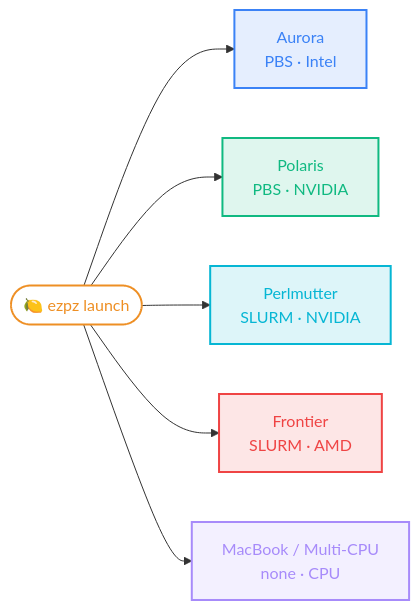
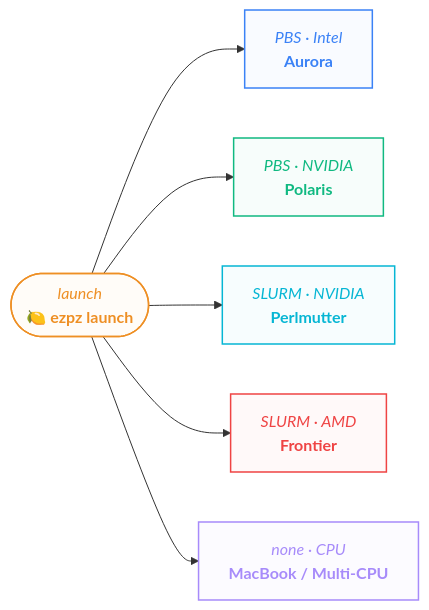
The first of 6 diagrams in web/src/pages/talks/2026/06/03/index.mdx (saforem2/sam.onl), drawn with Mermaid before and after one commit. The commit also changed other lines of this file, not shown here.

First line of the commit message:
style(talks/2026-06-03): apply chip-badge styling to ezpz launch diagram

````diff
--- a/web/src/pages/talks/2026/06/03/index.mdx
+++ b/web/src/pages/talks/2026/06/03/index.mdx
@@ -194,22 +194,22 @@
 ```mermaid
 flowchart LR
-    EZ(["🍋 ezpz launch"])
-    EZ --> AURORA["Aurora<br/>PBS · Intel"]
-    EZ --> POLARIS["Polaris<br/>PBS · NVIDIA"]
-    EZ --> PM["Perlmutter<br/>SLURM · NVIDIA"]
-    EZ --> FRONTIER["Frontier<br/>SLURM · AMD"]
-    EZ --> MAC["MacBook / Multi-CPU<br/>none · CPU"]
+    EZ(["<i>launch</i><br/><span style='font-weight:700'>🍋 ezpz launch</span>"])
+    EZ --> AURORA["<i>PBS · Intel</i><br/><span style='font-weight:700'>Aurora</span>"]
+    EZ --> POLARIS["<i>PBS · NVIDIA</i><br/><span style='font-weight:700'>Polaris</span>"]
+    EZ --> PM["<i>SLURM · NVIDIA</i><br/><span style='font-weight:700'>Perlmutter</span>"]
+    EZ --> FRONTIER["<i>SLURM · AMD</i><br/><span style='font-weight:700'>Frontier</span>"]
+    EZ --> MAC["<i>none · CPU</i><br/><span style='font-weight:700'>MacBook / Multi-CPU</span>"]
 
-    classDef hub fill:transparent,stroke:#ee8f24,color:#ee8f24,stroke-width:2px
-    classDef aurora    fill:#3b82f622,stroke:#3b82f6,color:#3b82f6,stroke-width:2px
-    classDef polaris   fill:#10b98122,stroke:#10b981,color:#10b981,stroke-width:2px
-    classDef perlmutter fill:#06b6d422,stroke:#06b6d4,color:#06b6d4,stroke-width:2px
-    classDef frontier  fill:#ef444422,stroke:#ef4444,color:#ef4444,stroke-width:2px
-    classDef mac       fill:#a78bfa22,stroke:#a78bfa,color:#a78bfa,stroke-width:2px
+    classDef hub        fill:#ee8f2408,stroke:#ee8f24,color:#ee8f24,stroke-width:1.5px
+    classDef aurora     fill:#3b82f608,stroke:#3b82f6,color:#3b82f6,stroke-width:1.5px
+    classDef polaris    fill:#10b98108,stroke:#10b981,color:#10b981,stroke-width:1.5px
+    classDef perlmutter fill:#06b6d408,stroke:#06b6d4,color:#06b6d4,stroke-width:1.5px
+    classDef frontier   fill:#ef444408,stroke:#ef4444,color:#ef4444,stroke-width:1.5px
+    classDef mac        fill:#a78bfa08,stroke:#a78bfa,color:#a78bfa,stroke-width:1.5px
     class EZ hub
     class AURORA aurora
     class POLARIS polaris
     class PM perlmutter
     class FRONTIER frontier
     class MAC mac
 ```
````
